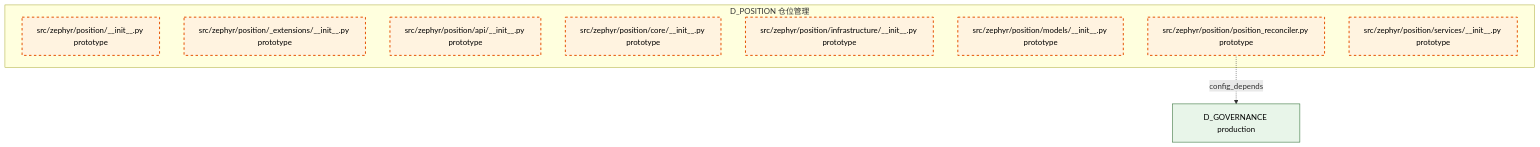
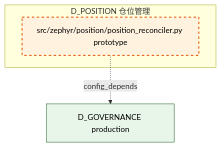
One commit to xuanFelixVan/ZephyrAlpha changed the diagram in docs/02_enterprise_architecture/02_domain_architecture_docs/46_d_position.md. Above: the diagram before and after it, drawn with Mermaid. The commit also changed other lines of this file and 52 other files, not shown here.

````diff
--- a/docs/02_enterprise_architecture/02_domain_architecture_docs/46_d_position.md
+++ b/docs/02_enterprise_architecture/02_domain_architecture_docs/46_d_position.md
@@ -47,21 +47,14 @@
 ```mermaid
 graph TD
     subgraph D_POSITION["D_POSITION 仓位管理"]
-        src_zephyr_position_init_py["src/zephyr/position/__init__.py prototype"]
-        src_zephyr_position_extensions_init_py["src/zephyr/position/_extensions/__init__.py prototype"]
-        src_zephyr_position_api_init_py["src/zephyr/position/api/__init__.py prototype"]
-        src_zephyr_position_core_init_py["src/zephyr/position/core/__init__.py prototype"]
-        src_zephyr_position_infrastructure_init_py["src/zephyr/position/infrastructure/__init__.py prototype"]
-        src_zephyr_position_models_init_py["src/zephyr/position/models/__init__.py prototype"]
         src_zephyr_position_position_reconciler_py["src/zephyr/position/position_reconciler.py prototype"]
-        src_zephyr_position_services_init_py["src/zephyr/position/services/__init__.py prototype"]
     end
     D_GOVERNANCE["D_GOVERNANCE production"]
     src_zephyr_position_position_reconciler_py -.->|config_depends| D_GOVERNANCE
     classDef production fill:#e1f5fe,stroke:#01579b,stroke-width:2px,color:#000
     classDef design fill:#fff3e0,stroke:#e65100,stroke-width:2px,color:#000,stroke-dasharray: 5 5
     classDef external_prod fill:#e8f5e9,stroke:#1b5e20,stroke-width:1px,color:#000
     classDef external_design fill:#fce4ec,stroke:#880e4f,stroke-width:1px,color:#000,stroke-dasharray: 5 5
-    class src_zephyr_position_init_py,src_zephyr_position_extensions_init_py,src_zephyr_position_api_init_py,src_zephyr_position_core_init_py,src_zephyr_position_infrastructure_init_py,src_zephyr_position_models_init_py,src_zephyr_position_position_reconciler_py,src_zephyr_position_services_init_py design
+    class src_zephyr_position_position_reconciler_py design
     class D_GOVERNANCE external_prod
 ```
````
